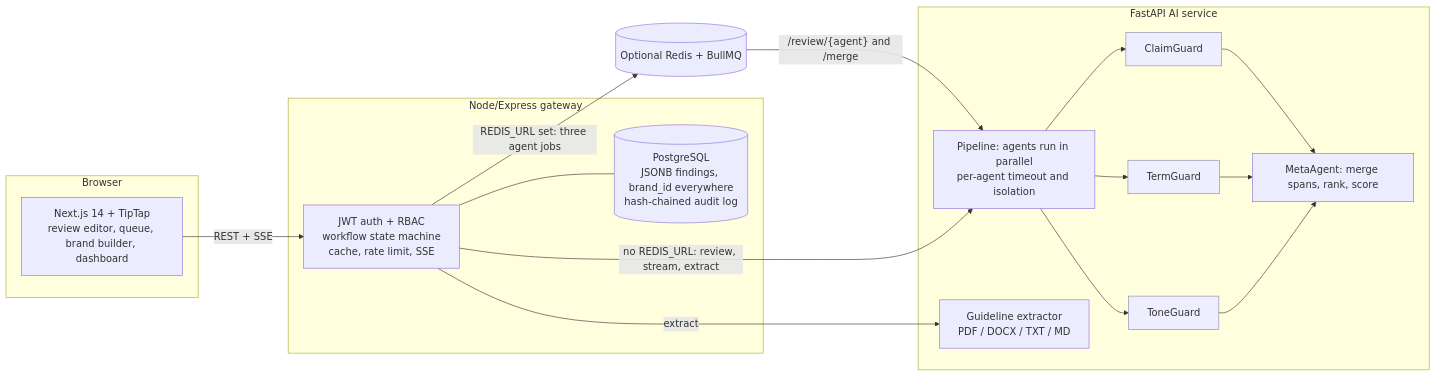
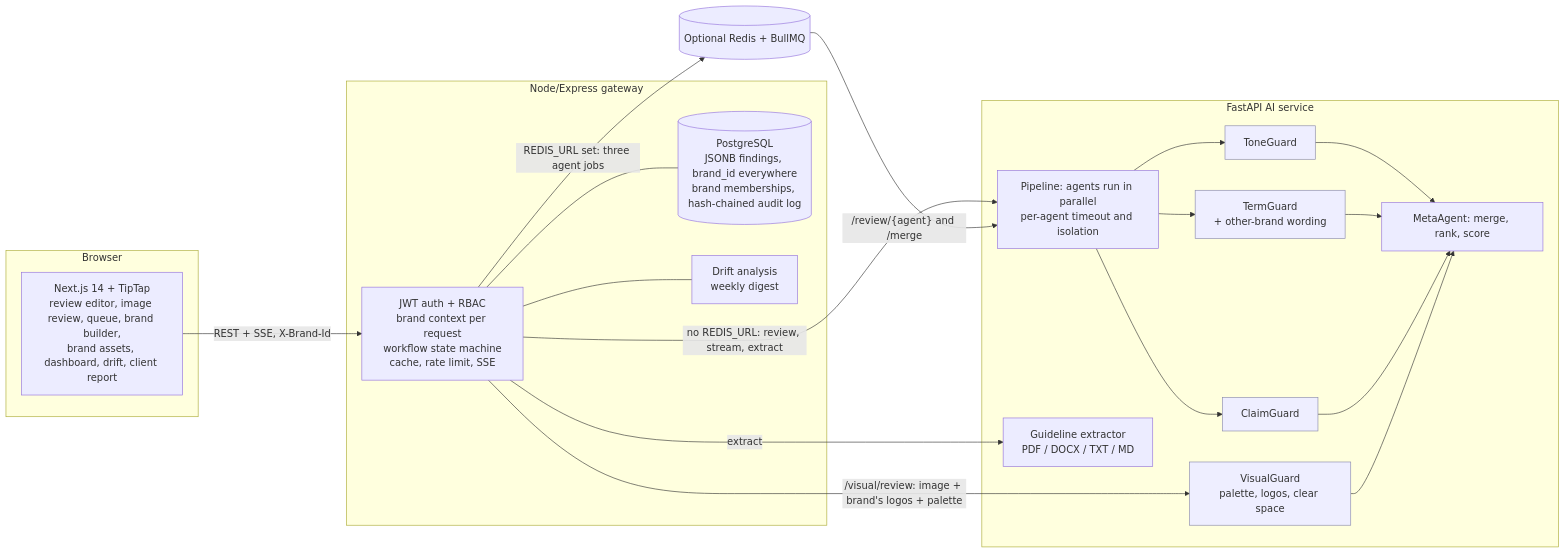
The diagram in README.md (Anky2231/verity), drawn with Mermaid before and after one commit.

Commit message:
docs: architecture diagram shows the brand context, drift analysis and VisualGuard

````diff
--- a/README.md
+++ b/README.md
@@ -30,27 +30,32 @@
 ```mermaid
 flowchart LR
   subgraph Browser
-    W[Next.js 14 + TipTap<br/>review editor, queue, brand builder, dashboard]
+    W[Next.js 14 + TipTap<br/>review editor, image review, queue, brand builder,<br/>brand assets, dashboard, drift, client report]
   end
   subgraph API[Node/Express gateway]
-    A[JWT auth + RBAC<br/>workflow state machine<br/>cache, rate limit, SSE]
-    DB[(PostgreSQL<br/>JSONB findings, brand_id everywhere<br/>hash-chained audit log)]
+    A[JWT auth + RBAC<br/>brand context per request<br/>workflow state machine<br/>cache, rate limit, SSE]
+    DB[(PostgreSQL<br/>JSONB findings, brand_id everywhere<br/>brand memberships, hash-chained audit log)]
+    D[Drift analysis<br/>weekly digest]
   end
   R[(Optional Redis + BullMQ)]
   subgraph AI[FastAPI AI service]
     P[Pipeline: agents run in parallel<br/>per-agent timeout and isolation]
     T[ToneGuard]:::a
-    M[TermGuard]:::a
+    M[TermGuard<br/>+ other-brand wording]:::a
     C[ClaimGuard]:::a
-    X[MetaAgent: merge spans, rank, score]
+    X[MetaAgent: merge, rank, score]
+    V[VisualGuard<br/>palette, logos, clear space]:::a
     E[Guideline extractor<br/>PDF / DOCX / TXT / MD]
   end
-  W -- REST + SSE --> A
+  W -- REST + SSE, X-Brand-Id --> A
   A --- DB
+  A --- D
   A -- no REDIS_URL: review, stream, extract --> P
   A -- REDIS_URL set: three agent jobs --> R
   R -- /review/{agent} and /merge --> P
   P --> T & M & C --> X
+  A -- /visual/review: image + brand's logos + palette --> V
+  V --> X
   A -- extract --> E
   classDef a fill:#eef,stroke:#88a
 ```
````
